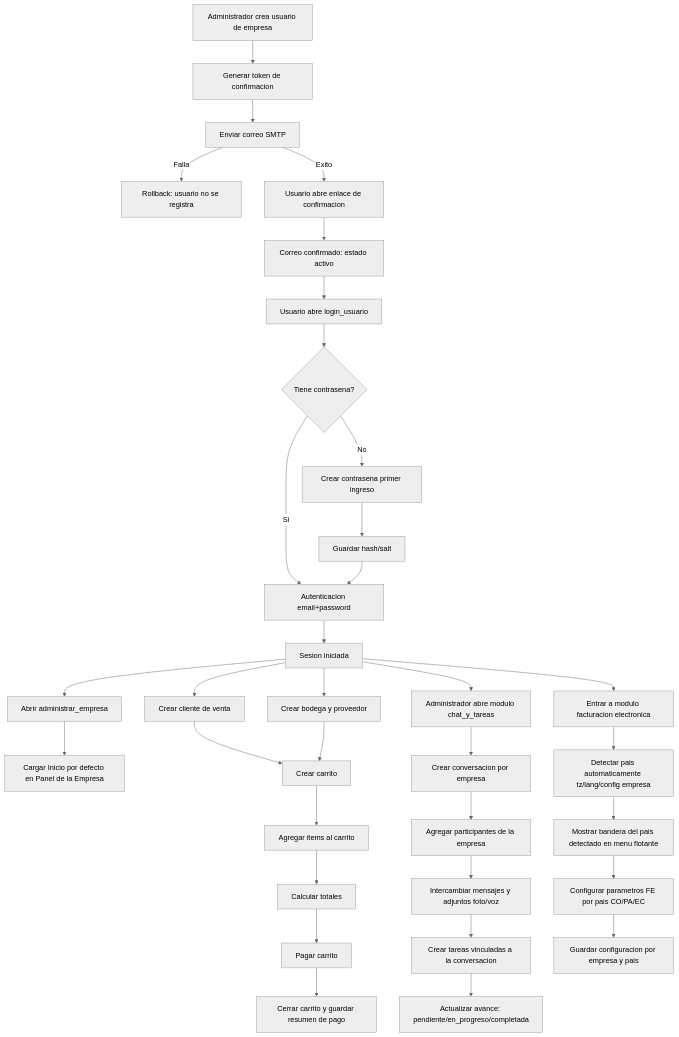
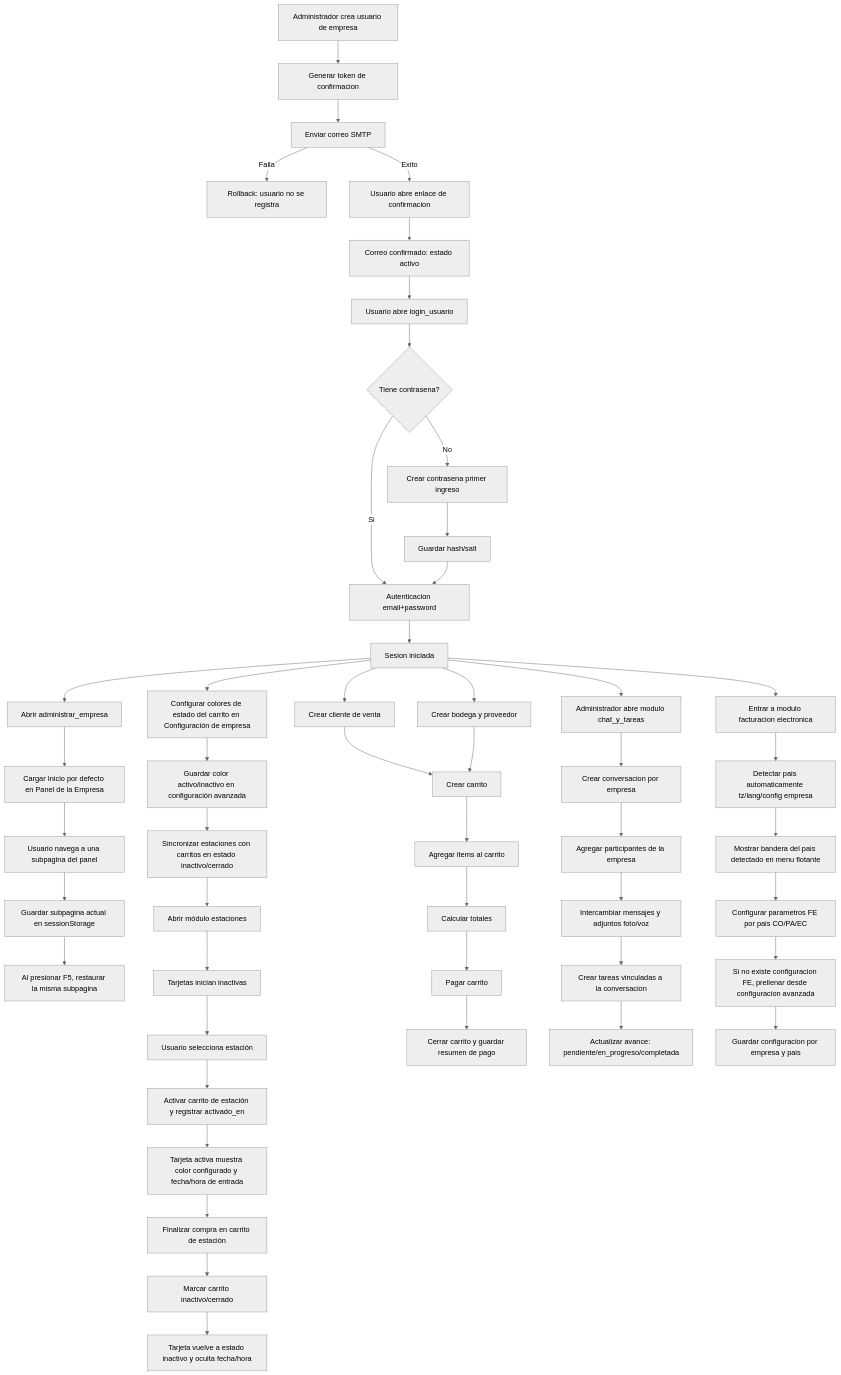
One commit to powerfulcontrolsystem1/powerfulcontrolsystem changed the diagram in documentos/diagramas/diagrama_flujo_procesos.md. Above: the diagram before and after it, drawn with Mermaid (neutral theme). The commit also changed other lines of this file and 20 other files, not shown here.

````diff
--- a/documentos/diagramas/diagrama_flujo_procesos.md
+++ b/documentos/diagramas/diagrama_flujo_procesos.md
@@ -5,40 +5,56 @@
 ```mermaid
 flowchart TD
     A[Administrador crea usuario de empresa] --> B[Generar token de confirmacion]
     B --> C[Enviar correo SMTP]
     C -->|Falla| D[Rollback: usuario no se registra]
     C -->|Exito| E[Usuario abre enlace de confirmacion]
     E --> F[Correo confirmado: estado activo]
     F --> G[Usuario abre login_usuario]
     G --> H{Tiene contrasena?}
     H -->|No| I[Crear contrasena primer ingreso]
     I --> J[Guardar hash/salt]
     H -->|Si| K[Autenticacion email+password]
     J --> K
     K --> L[Sesion iniciada]
 
     L --> L0[Abrir administrar_empresa]
     L0 --> L1[Cargar Inicio por defecto en Panel de la Empresa]
+    L1 --> L11[Usuario navega a una subpagina del panel]
+    L11 --> L12[Guardar subpagina actual en sessionStorage]
+    L12 --> L13[Al presionar F5, restaurar la misma subpagina]
+
+    L --> S0[Configurar colores de estado del carrito en Configuración de empresa]
+    S0 --> S1[Guardar color activo/inactivo en configuración avanzada]
+    S1 --> S2[Sincronizar estaciones con carritos en estado inactivo/cerrado]
+    S2 --> S3[Abrir módulo estaciones]
+    S3 --> S4[Tarjetas inician inactivas]
+    S4 --> S5[Usuario selecciona estación]
+    S5 --> S6[Activar carrito de estación y registrar activado_en]
+    S6 --> S7[Tarjeta activa muestra color configurado y fecha/hora de entrada]
+    S7 --> S8[Finalizar compra en carrito de estación]
+    S8 --> S9[Marcar carrito inactivo/cerrado]
+    S9 --> S10[Tarjeta vuelve a estado inactivo y oculta fecha/hora]
 
     L --> M[Crear cliente de venta]
     L --> N[Crear bodega y proveedor]
     M --> O[Crear carrito]
     N --> O
     O --> P[Agregar items al carrito]
     P --> Q[Calcular totales]
     Q --> R[Pagar carrito]
     R --> S[Cerrar carrito y guardar resumen de pago]
 
     L --> T[Administrador abre modulo chat_y_tareas]
     T --> U[Crear conversacion por empresa]
     U --> V[Agregar participantes de la empresa]
     V --> W[Intercambiar mensajes y adjuntos foto/voz]
     W --> X[Crear tareas vinculadas a la conversacion]
     X --> Y[Actualizar avance: pendiente/en_progreso/completada]
 
     L --> Z[Entrar a modulo facturacion electronica]
     Z --> Z1[Detectar pais automaticamente tz/lang/config empresa]
     Z1 --> Z2[Mostrar bandera del pais detectado en menu flotante]
     Z2 --> Z3[Configurar parametros FE por pais CO/PA/EC]
-    Z3 --> Z4[Guardar configuracion por empresa y pais]
+    Z3 --> Z31[Si no existe configuracion FE, prellenar desde configuracion avanzada]
+    Z31 --> Z4[Guardar configuracion por empresa y pais]
 ```
````
